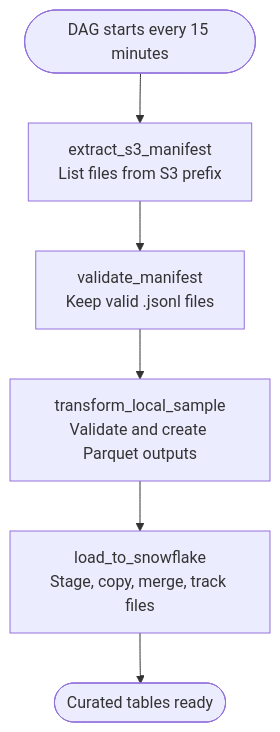
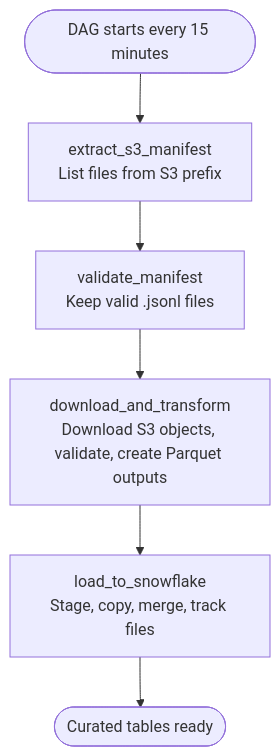
Before and after one commit to bhaveshbadaya95/tesla-telemetry-etl: the second of 3 diagrams in README.md, drawn with Mermaid. The commit also changed other lines of this file and 3 other files, not shown here.

````diff
--- a/README.md
+++ b/README.md
@@ -56,11 +64,11 @@
 ```mermaid
 flowchart TD
     start([DAG starts every 15 minutes])
     extract["extract_s3_manifest<br/>List files from S3 prefix"]
     validate["validate_manifest<br/>Keep valid .jsonl files"]
-    transform["transform_local_sample<br/>Validate and create Parquet outputs"]
+    transform["download_and_transform<br/>Download S3 objects, validate, create Parquet outputs"]
     load["load_to_snowflake<br/>Stage, copy, merge, track files"]
     done([Curated tables ready])
 
     start --> extract --> validate --> transform --> load --> done
 ```
````
